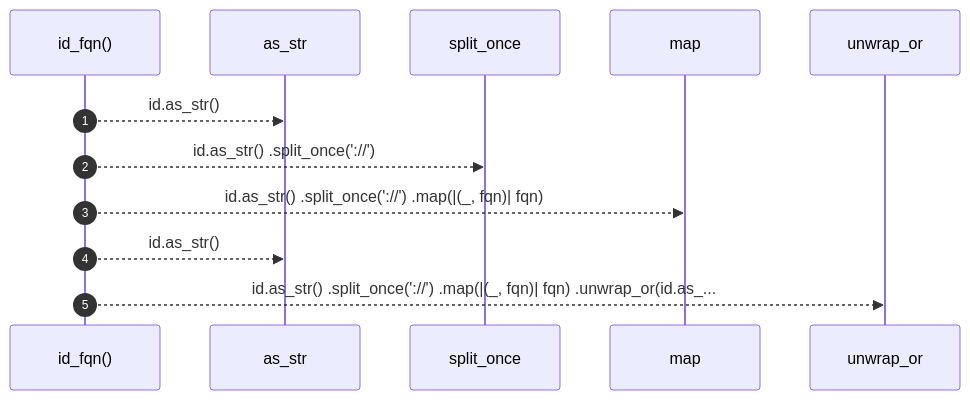
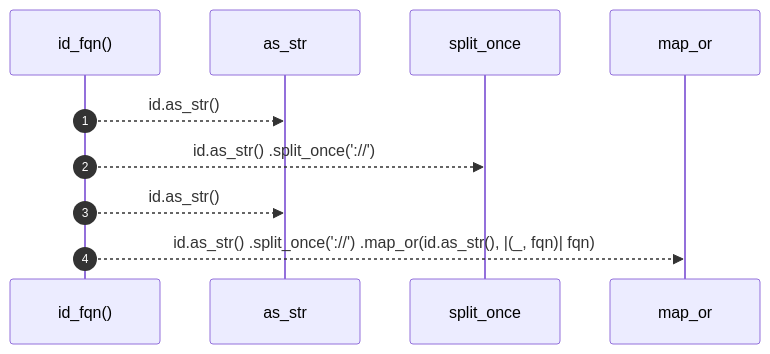
One commit to RyanGuild/self-describing-code changed the diagram in docs/self-model/robby_extract/rust/id-fqn.md. Above: the diagram before and after it, drawn with Mermaid. The commit also changed other lines of this file and 747 other files, not shown here.

````diff
--- a/docs/self-model/robby_extract/rust/id-fqn.md
+++ b/docs/self-model/robby_extract/rust/id-fqn.md
@@ -21,14 +20,12 @@
 ```mermaid
 sequenceDiagram
     autonumber
     participant id_fqn as id_fqn()
     participant as_str as as_str
     participant split_once as split_once
-    participant map as map
-    participant unwrap_or as unwrap_or
+    participant map_or as map_or
     id_fqn-->>as_str: id.as_str()
     id_fqn-->>split_once: id.as_str() .split_once('://')
-    id_fqn-->>map: id.as_str() .split_once('://') .map(|(_, fqn)| fqn)
     id_fqn-->>as_str: id.as_str()
-    id_fqn-->>unwrap_or: id.as_str() .split_once('://') .map(|(_, fqn)| fqn) .unwrap_or(id.as_...
+    id_fqn-->>map_or: id.as_str() .split_once('://') .map_or(id.as_str(), |(_, fqn)| fqn)
 ```
````
